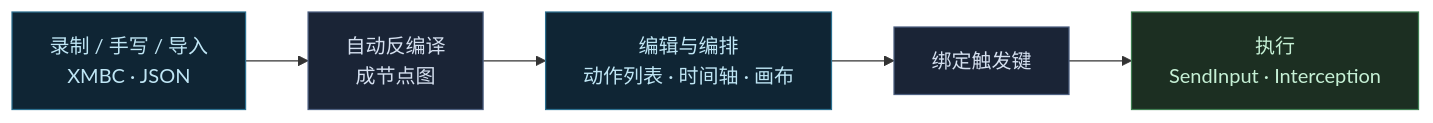
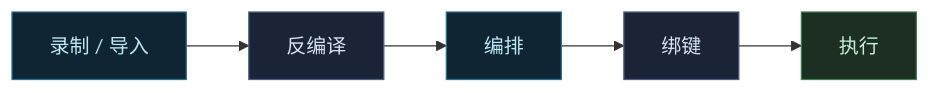
Before and after one commit to YSER14/SuperFaye-Macro: the diagram in README.md, drawn with Mermaid. The commit also changed other lines of this file and 5 other files, not shown here.

Commit message:
改用本地静态徽章，收窄流程图避免截断

````diff
--- a/README.md
+++ b/README.md
@@ -21,12 +21,9 @@
 ```mermaid
 flowchart LR
-    A["录制 / 手写 / 导入<br/>XMBC · JSON"] --> B["自动反编译<br/>成节点图"]
-    B --> C["编辑与编排<br/>动作列表 · 时间轴 · 画布"]
-    C --> D["绑定触发键"]
-    D --> E["执行<br/>SendInput · Interception"]
+    A["录制 / 导入"] --> B["反编译"] --> C["编排"] --> D["绑键"] --> E["执行"]
     style A fill:#0f2534,stroke:#2b6f8f,color:#bfe6f5
     style B fill:#1a2436,stroke:#4c5f80,color:#d5e0f0
     style C fill:#0f2534,stroke:#2b6f8f,color:#bfe6f5
     style D fill:#1a2436,stroke:#4c5f80,color:#d5e0f0
     style E fill:#1c2f22,stroke:#3f7f52,color:#c5f0d5
 ```
````
